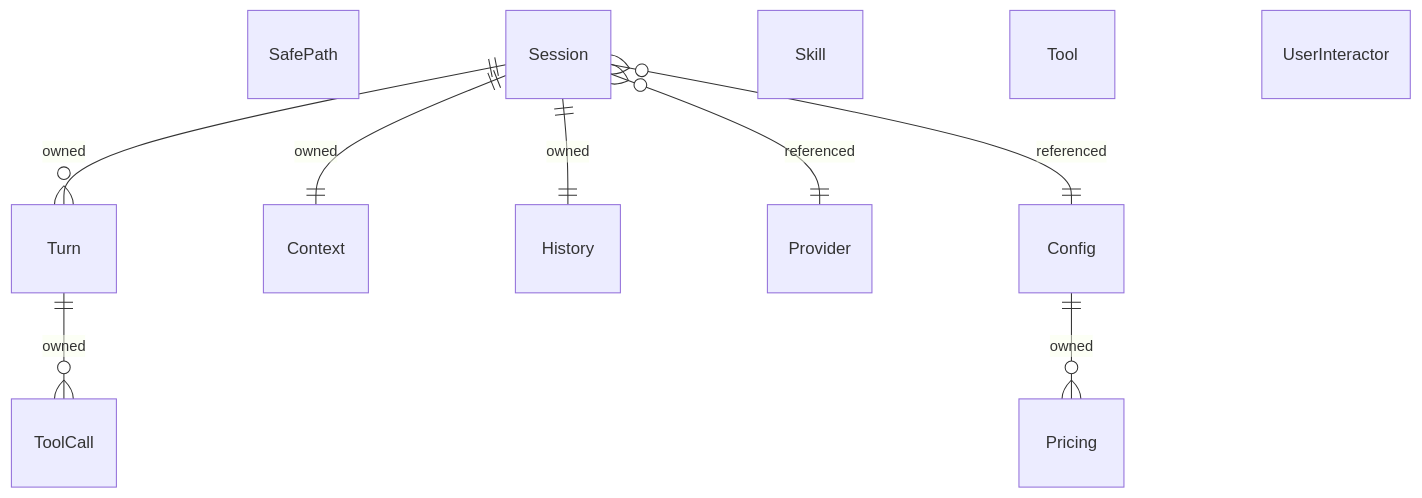
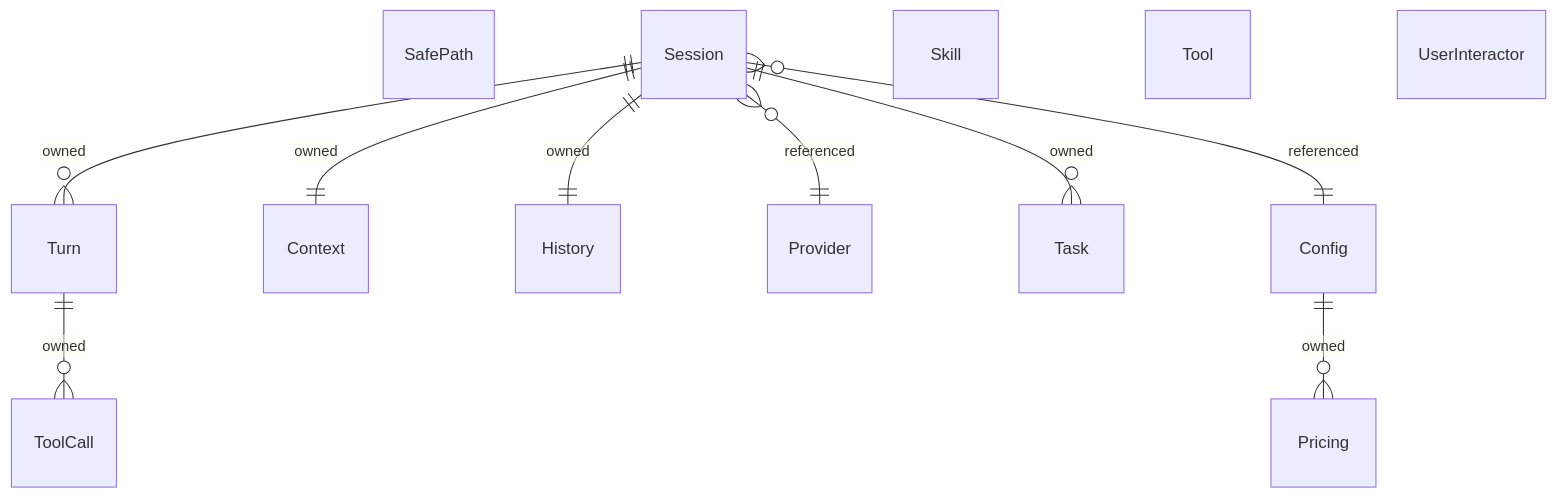
The diagram in docs/domain-model/tell-me-go.modelith.md (gosharplite/tell-me-go), drawn with Mermaid before and after one commit. The commit also changed other lines of this file and 1 other file, not shown here.

First line of the commit message:
docs: add Task entity and Chatter role to domain model

````diff
--- a/docs/domain-model/tell-me-go.modelith.md
+++ b/docs/domain-model/tell-me-go.modelith.md
@@ -294,22 +320,24 @@
 ```mermaid
 erDiagram
     Config {}
     Context {}
     History {}
     Pricing {}
     Provider {}
     SafePath {}
     Session {}
     Skill {}
+    Task {}
     Tool {}
     ToolCall {}
     Turn {}
     UserInteractor {}
     Config ||--o{ Pricing : "owned"
     Session ||--o{ Turn : "owned"
     Session }o--|| Config : "referenced"
     Session }o--|| Provider : "referenced"
     Session ||--|| History : "owned"
     Session ||--|| Context : "owned"
+    Session ||--o{ Task : "owned"
     Turn ||--o{ ToolCall : "owned"
 ```
````
